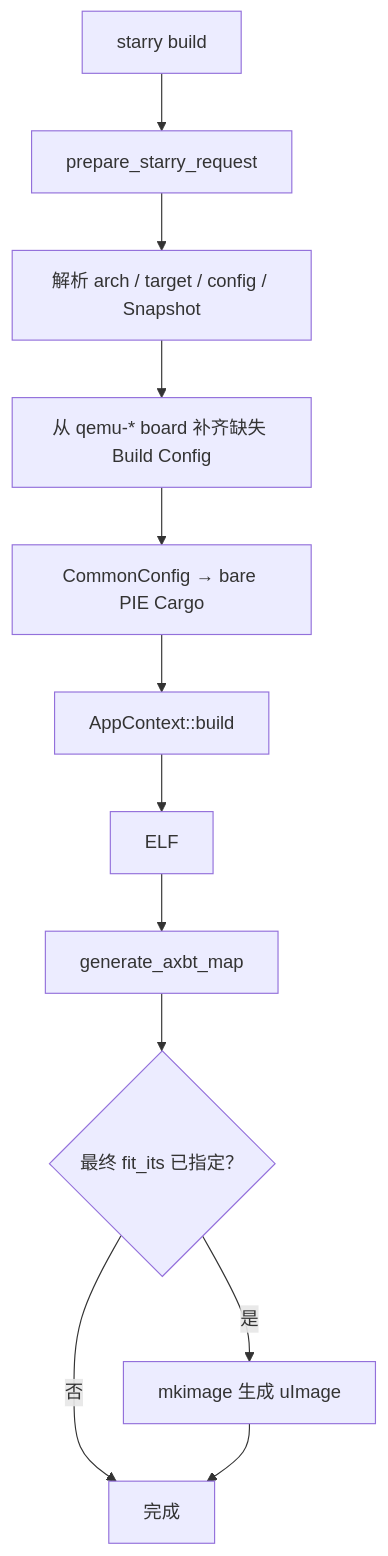
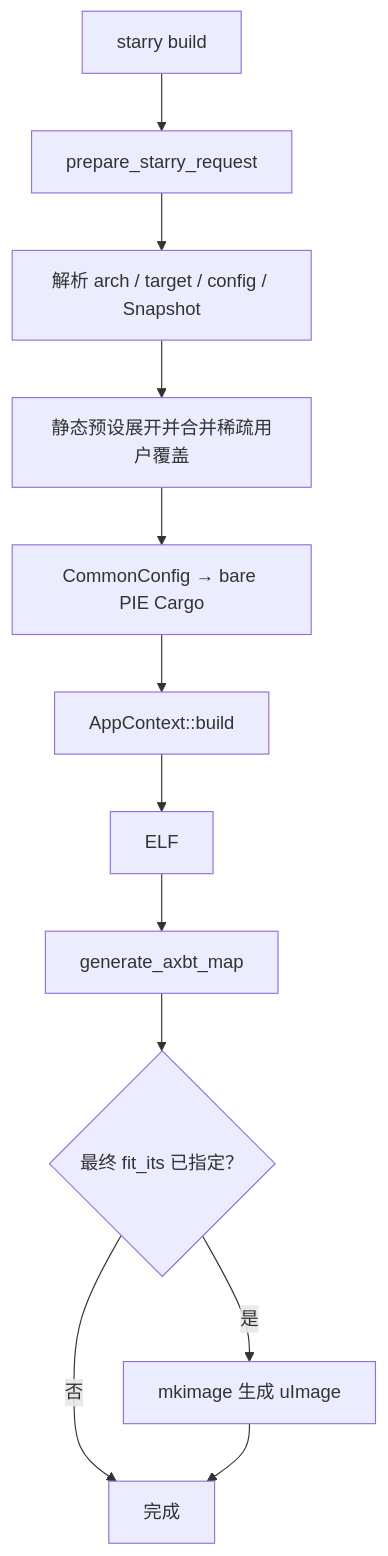
One commit to rcore-os/tgoskits changed the diagram in docs/docs/build/starry/build.md. Above: the diagram before and after it, drawn with Mermaid. The commit also changed other lines of this file and 17 other files, not shown here.

````diff
--- a/docs/docs/build/starry/build.md
+++ b/docs/docs/build/starry/build.md
@@ -14,14 +14,14 @@
 ```mermaid
 flowchart TD
     A["starry build"] --> B["prepare_starry_request"]
     B --> C["解析 arch / target / config / Snapshot"]
-    C --> D["从 qemu-* board 补齐缺失 Build Config"]
+    C --> D["静态预设展开并合并稀疏用户覆盖"]
     D --> E["CommonConfig → bare PIE Cargo"]
     E --> F["AppContext::build"]
     F --> G["ELF"]
     G --> H["generate_axbt_map"]
     H --> I{"最终 fit_its 已指定？"}
     I -->|是| J["mkimage 生成 uImage"]
     I -->|否| K["完成"]
     J --> K
 ```
````
